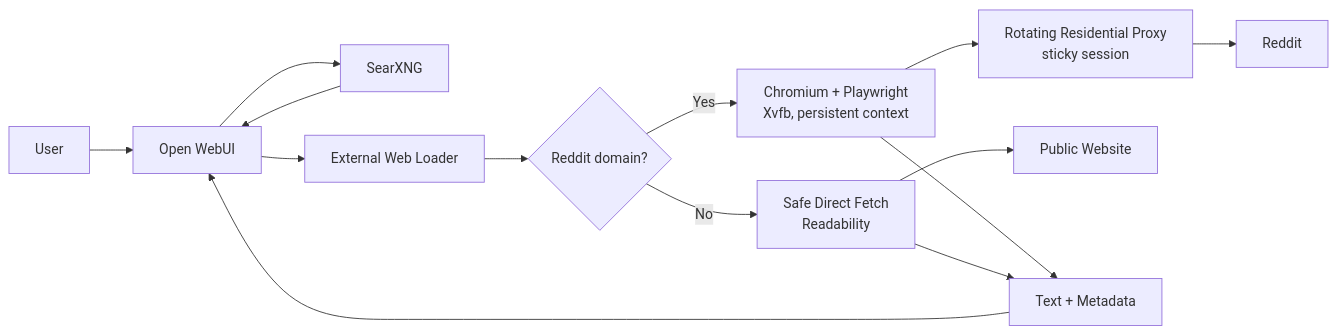
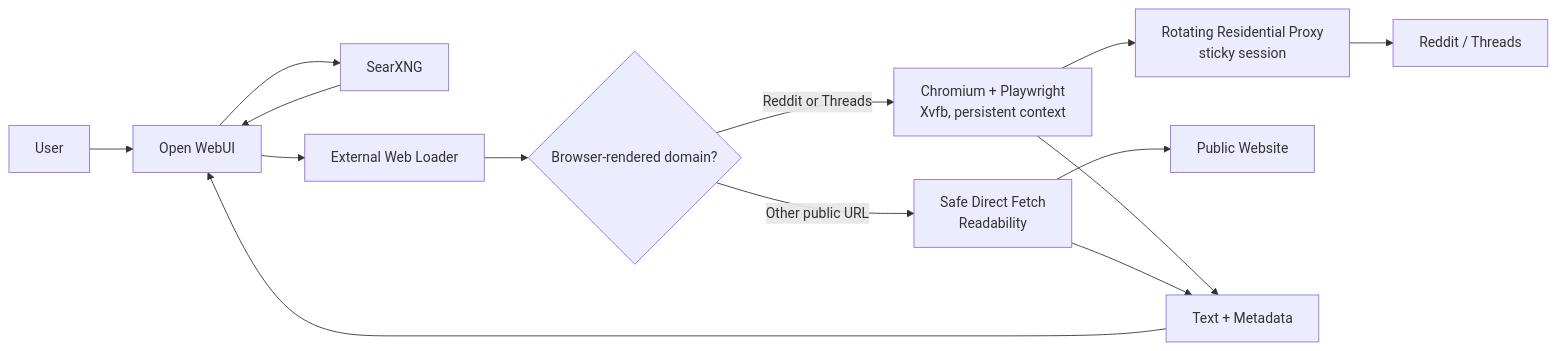
Before and after one commit to amiril84/reddit-loader-owui: the diagram in README.md, drawn with Mermaid. The commit also changed other lines of this file and 2 other files, not shown here.

Commit message:
Add Threads support to loader

````diff
--- a/README.md
+++ b/README.md
@@ -86,16 +100,16 @@
 ```mermaid
 flowchart LR
     U["User"] --> OW["Open WebUI"]
     OW --> SX["SearXNG"]
     SX --> OW
     OW --> EL["External Web Loader"]
-    EL --> D{"Reddit domain?"}
-    D -- "Yes" --> PW["Chromium + Playwright\nXvfb, persistent context"]
+    EL --> D{"Browser-rendered domain?"}
+    D -- "Reddit or Threads" --> PW["Chromium + Playwright\nXvfb, persistent context"]
     PW --> RP["Rotating Residential Proxy\nsticky session"]
-    RP --> RD["Reddit"]
-    D -- "No" --> SF["Safe Direct Fetch\nReadability"]
+    RP --> RD["Reddit / Threads"]
+    D -- "Other public URL" --> SF["Safe Direct Fetch\nReadability"]
     SF --> WEB["Public Website"]
     PW --> EX["Text + Metadata"]
     SF --> EX
     EX --> OW
 ```
````
